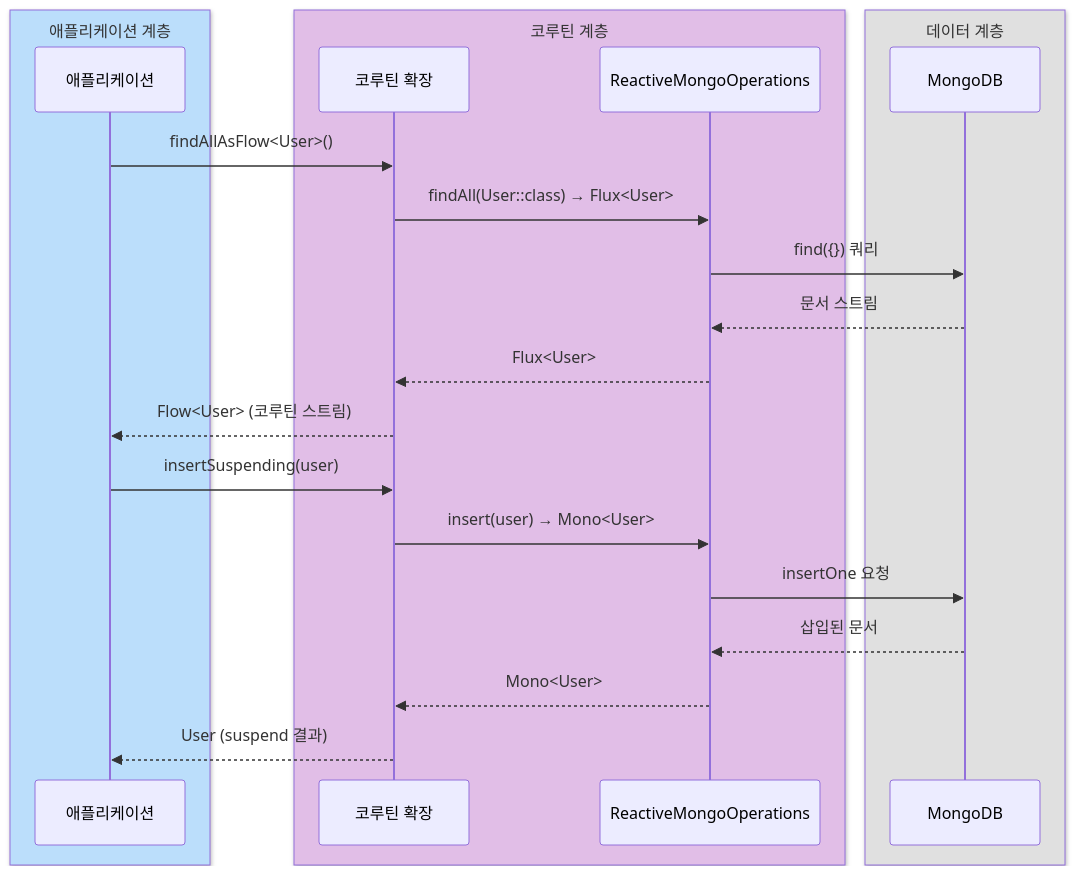
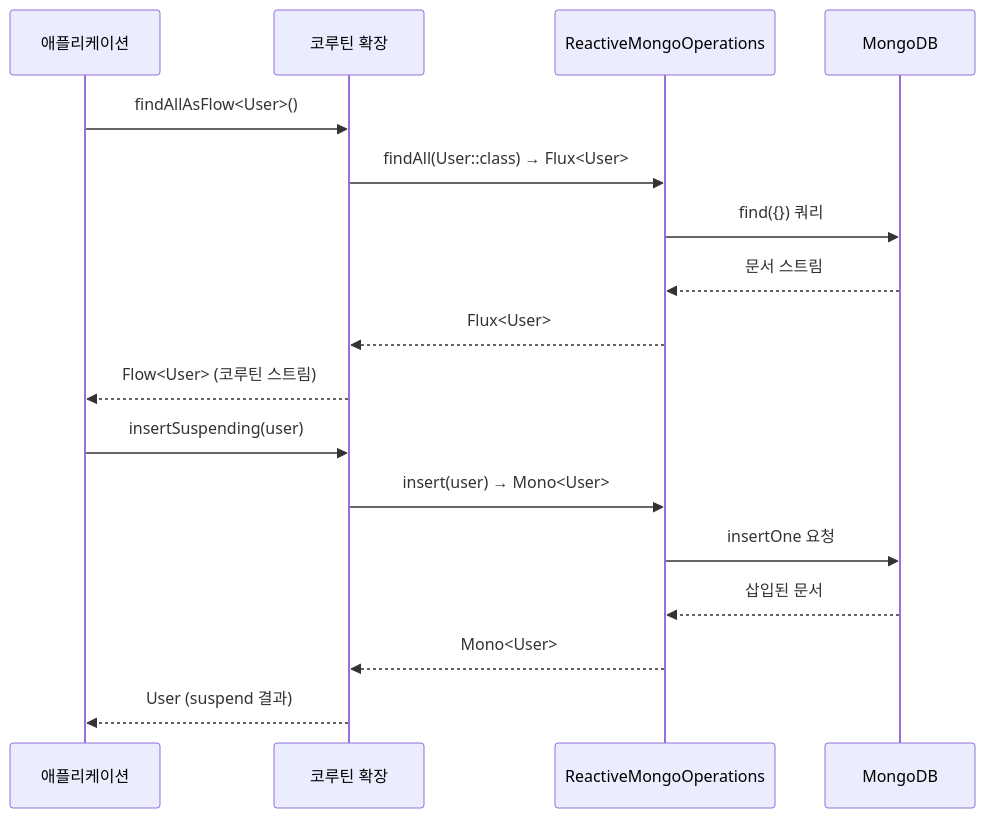
One commit to bluetape4k/bluetape4k-projects changed the fourth of 4 diagrams in spring-boot4/mongodb/README.ko.md. Above: the diagram before and after it, drawn with Mermaid. The commit also changed other lines of this file and 219 other files, not shown here.

First line of the commit message:
docs: 전체 README Mermaid 다이어그램 가이드 적용

````diff
--- a/spring-boot4/mongodb/README.ko.md
+++ b/spring-boot4/mongodb/README.ko.md
@@ -220,27 +220,21 @@
 ```mermaid
 sequenceDiagram
-    box rgb(187,222,251) 애플리케이션 계층
         participant App as 애플리케이션
-    end
-    box rgb(225,190,231) 코루틴 계층
         participant Ext as 코루틴 확장
         participant Ops as ReactiveMongoOperations
-    end
-    box rgb(224,224,224) 데이터 계층
         participant DB as MongoDB
-    end
 
     App->>Ext: findAllAsFlow<User>()
     Ext->>Ops: findAll(User::class) → Flux<User>
     Ops->>DB: find({}) 쿼리
     DB-->>Ops: 문서 스트림
     Ops-->>Ext: Flux<User>
     Ext-->>App: Flow<User> (코루틴 스트림)
 
     App->>Ext: insertSuspending(user)
     Ext->>Ops: insert(user) → Mono<User>
     Ops->>DB: insertOne 요청
     DB-->>Ops: 삽입된 문서
     Ops-->>Ext: Mono<User>
     Ext-->>App: User (suspend 결과)
 ```
````
